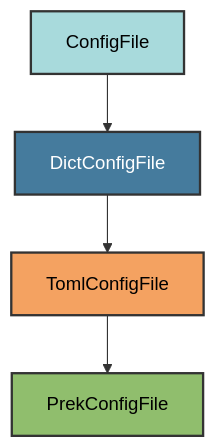
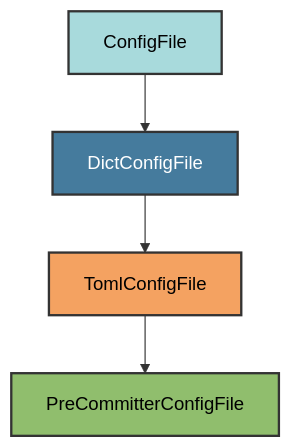
Before and after one commit to Winipedia/pyrig: the diagram in docs/configs/pre_commit.md, drawn with Mermaid. The commit also changed other lines of this file and 3 other files, not shown here.

````diff
--- a/docs/configs/pre_commit.md
+++ b/docs/configs/pre_commit.md
@@ -20,11 +20,11 @@
 ```mermaid
 graph TD
     A[ConfigFile] --> B[DictConfigFile]
     B --> C[TomlConfigFile]
-    C --> D[PrekConfigFile]
+    C --> D[PreCommitterConfigFile]
 
     style A fill:#a8dadc,stroke:#333,stroke-width:2px,color:#000
     style B fill:#457b9d,stroke:#333,stroke-width:2px,color:#fff
     style C fill:#f4a261,stroke:#333,stroke-width:2px,color:#000
     style D fill:#90be6d,stroke:#333,stroke-width:2px,color:#000
 ```
````
